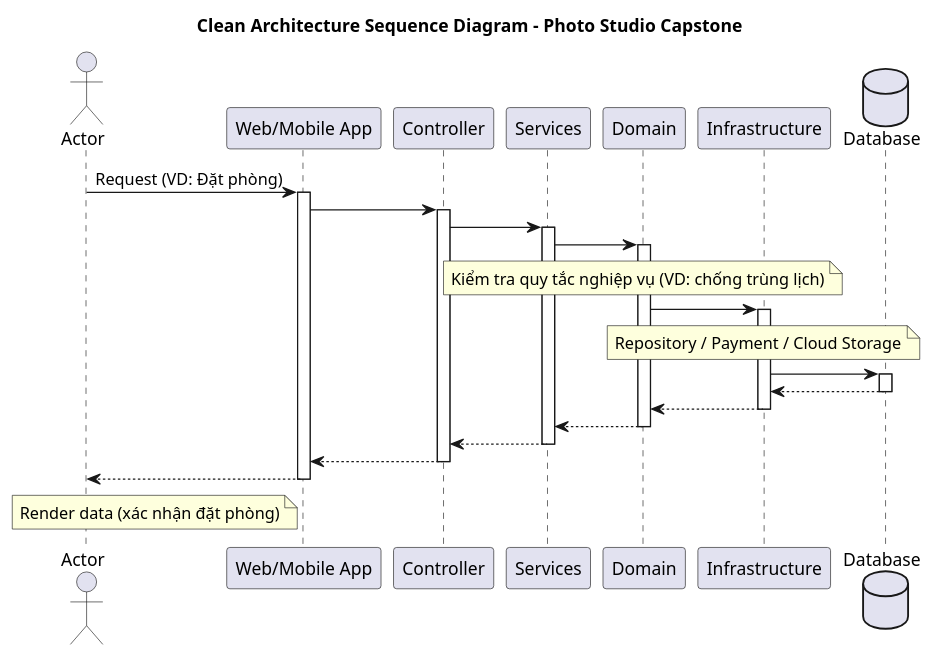
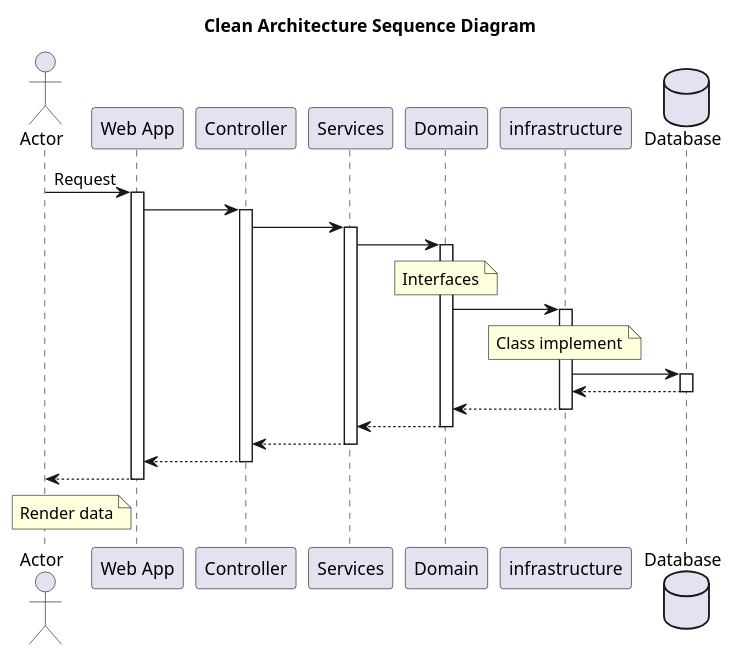
The diagram in README.md (hateyou2k7-cell/photo-studio-capstone), drawn with PlantUML before and after one commit. The commit also changed other lines of this file, not shown here.

````diff
--- a/README.md
+++ b/README.md
@@ -222,55 +113,71 @@
-```plantuml
 @startuml
-title Clean Architecture Sequence Diagram - Photo Studio Capstone
+' Diagram Title
+title Clean Architecture Sequence Diagram
 
+' Define participants in order of appearance
 actor Actor
-participant "Web/Mobile App"
+participant "Web App"
 participant "Controller"
 participant "Services"
 participant "Domain"
-participant "Infrastructure"
+participant "infrastructure"
 database "Database"
 
-Actor -> "Web/Mobile App": Request (VD: Đặt phòng)
-activate "Web/Mobile App"
+' --- Message Flow ---
 
-"Web/Mobile App" -> "Controller"
+' 1. Initial Request
+Actor -> "Web App": Request
+activate "Web App"
+
+' 2. Forwarding to Controller
+"Web App" -> "Controller"
 activate "Controller"
 
+' 3. Calling the Service Layer
 "Controller" -> "Services"
 activate "Services"
 
+' 4. Interacting with the Domain Layer
 "Services" -> "Domain"
 activate "Domain"
-note over Domain: Kiểm tra quy tắc nghiệp vụ (VD: chống trùng lịch)
+note over Domain: Interfaces
 
-"Domain" -> "Infrastructure"
-activate "Infrastructure"
-note over Infrastructure: Repository / Payment / Cloud Storage
+' 5. Interacting with Infrastructure
+"Domain" -> "infrastructure"
+activate "infrastructure"
+note over infrastructure: Class implement
 
-"Infrastructure" -> "Database"
+' 6. Database Query
+"infrastructure" -> "Database"
 activate "Database"
 
-"Database" --> "Infrastructure"
+' --- Response Flow (Return Messages) ---
+
+' 7. Database returns data
+"Database" --> "infrastructure"
 deactivate "Database"
 
-"Infrastructure" --> "Domain"
-deactivate "Infrastructure"
+' 8. Infrastructure returns to Domain
+"infrastructure" --> "Domain"
+deactivate "infrastructure"
 
+' 9. Domain returns to Services
 "Domain" --> "Services"
 deactivate "Domain"
 
+' 10. Services returns to Controller
 "Services" --> "Controller"
 deactivate "Services"
 
-"Controller" --> "Web/Mobile App"
+' 11. Controller returns to Web App
+"Controller" --> "Web App"
 deactivate "Controller"
 
-"Web/Mobile App" --> Actor
-note left of "Web/Mobile App"
-  Render data (xác nhận đặt phòng)
+' 12. Final data rendering to Actor
+"Web App" --> Actor
+note left of "Web App"
+  Render data
 end note
-deactivate "Web/Mobile App"
+deactivate "Web App"
 
 @enduml
-```
````
